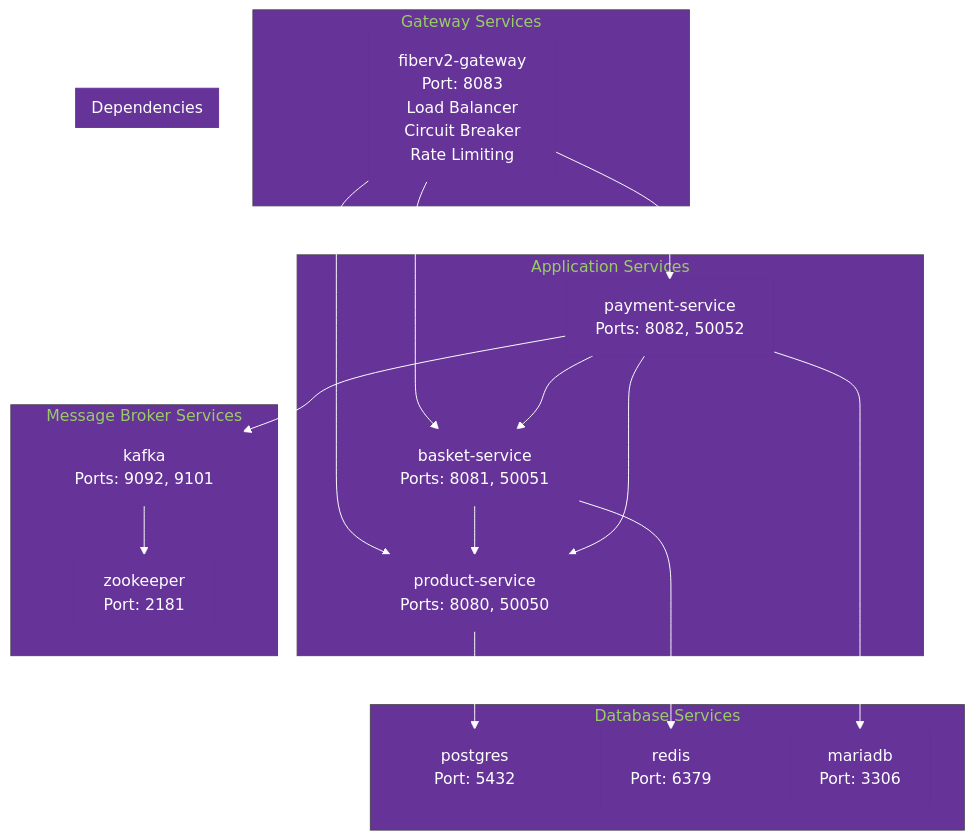
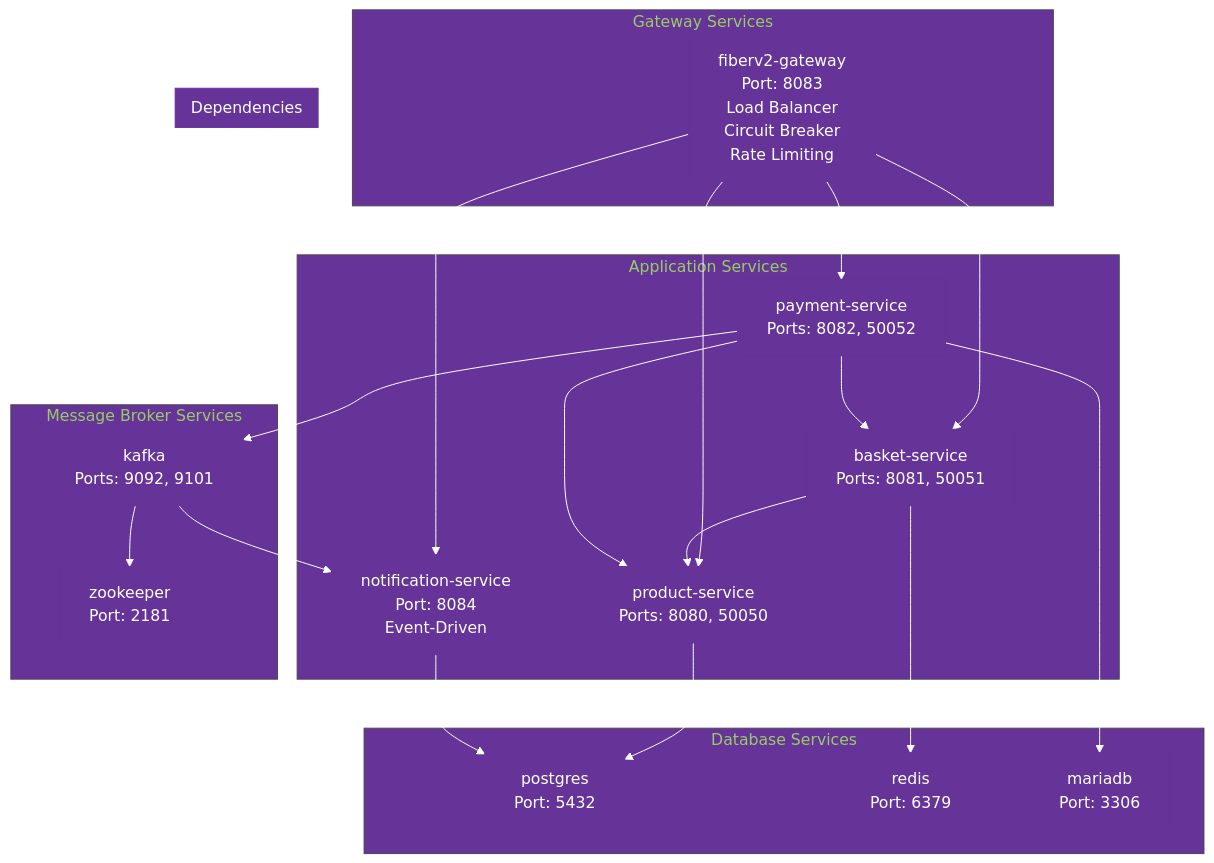
One commit to ozturkeniss/obs-tools-usage changed diagram 18 of 41 in README.md. Above: the diagram before and after it, drawn with Mermaid. The commit also changed other lines of this file, not shown here.

First line of the commit message:
Add Notification Service documentation and architecture updates

````diff
--- a/README.md
+++ b/README.md
@@ -662,38 +806,42 @@
 ```mermaid
 %%{init: {'theme':'base', 'themeVariables': { 'primaryColor': '#663399', 'primaryTextColor': '#ffffff', 'primaryBorderColor': '#663399', 'lineColor': '#ffffff', 'secondaryColor': '#663399', 'tertiaryColor': '#663399'}}}%%
 graph TB
     subgraph "Gateway Services"
         Gateway[fiberv2-gateway<br/>Port: 8083<br/>Load Balancer<br/>Circuit Breaker<br/>Rate Limiting]
     end
     
     subgraph "Application Services"
         ProductService[product-service<br/>Ports: 8080, 50050]
         BasketService[basket-service<br/>Ports: 8081, 50051]
         PaymentService[payment-service<br/>Ports: 8082, 50052]
+        NotificationService[notification-service<br/>Port: 8084<br/>Event-Driven]
     end
     
     subgraph "Database Services"
         PostgreSQL[postgres<br/>Port: 5432]
         Redis[redis<br/>Port: 6379]
         MariaDB[mariadb<br/>Port: 3306]
     end
     
     subgraph "Message Broker Services"
         Kafka[kafka<br/>Ports: 9092, 9101]
         Zookeeper[zookeeper<br/>Port: 2181]
     end
     
     subgraph "Dependencies"
         Gateway --> ProductService
         Gateway --> BasketService
         Gateway --> PaymentService
+        Gateway --> NotificationService
         ProductService --> PostgreSQL
         BasketService --> Redis
         PaymentService --> MariaDB
+        NotificationService --> PostgreSQL
         BasketService --> ProductService
         PaymentService --> BasketService
         PaymentService --> ProductService
         PaymentService --> Kafka
+        Kafka --> NotificationService
         Kafka --> Zookeeper
     end
 ```
````
